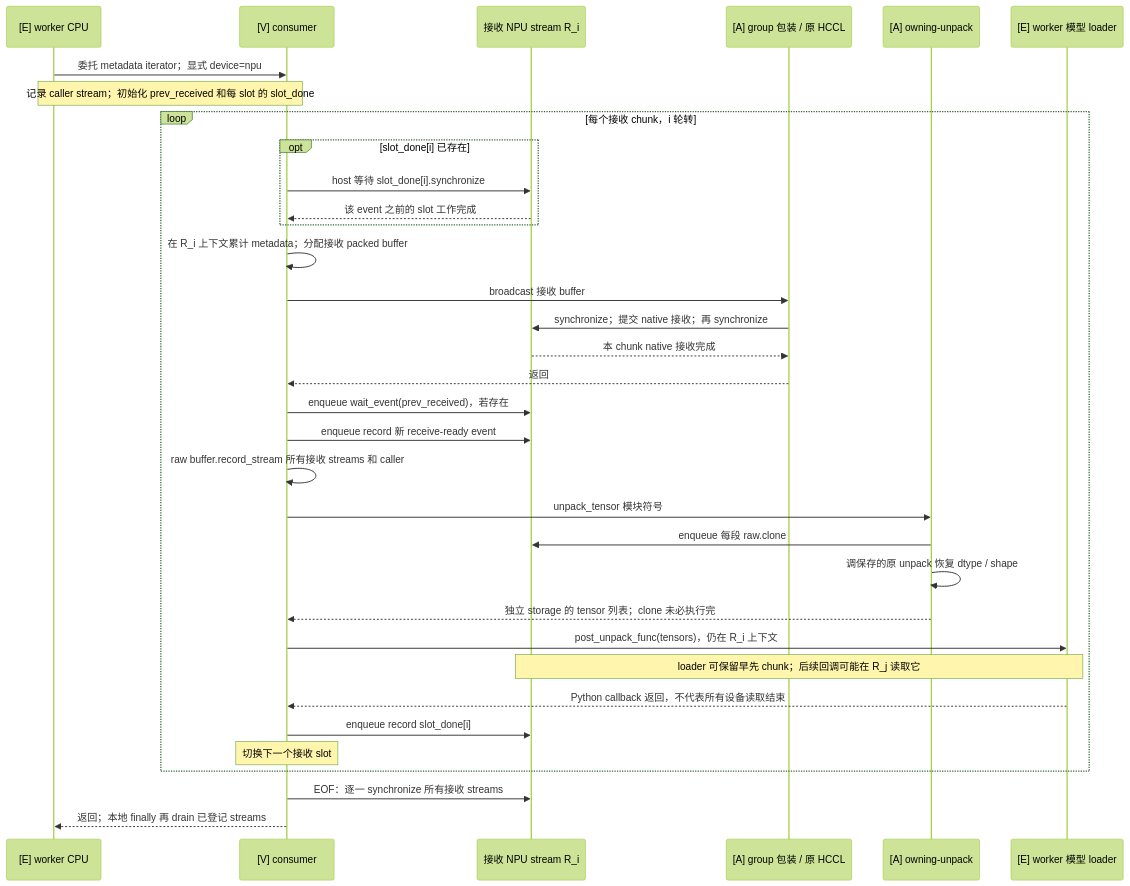
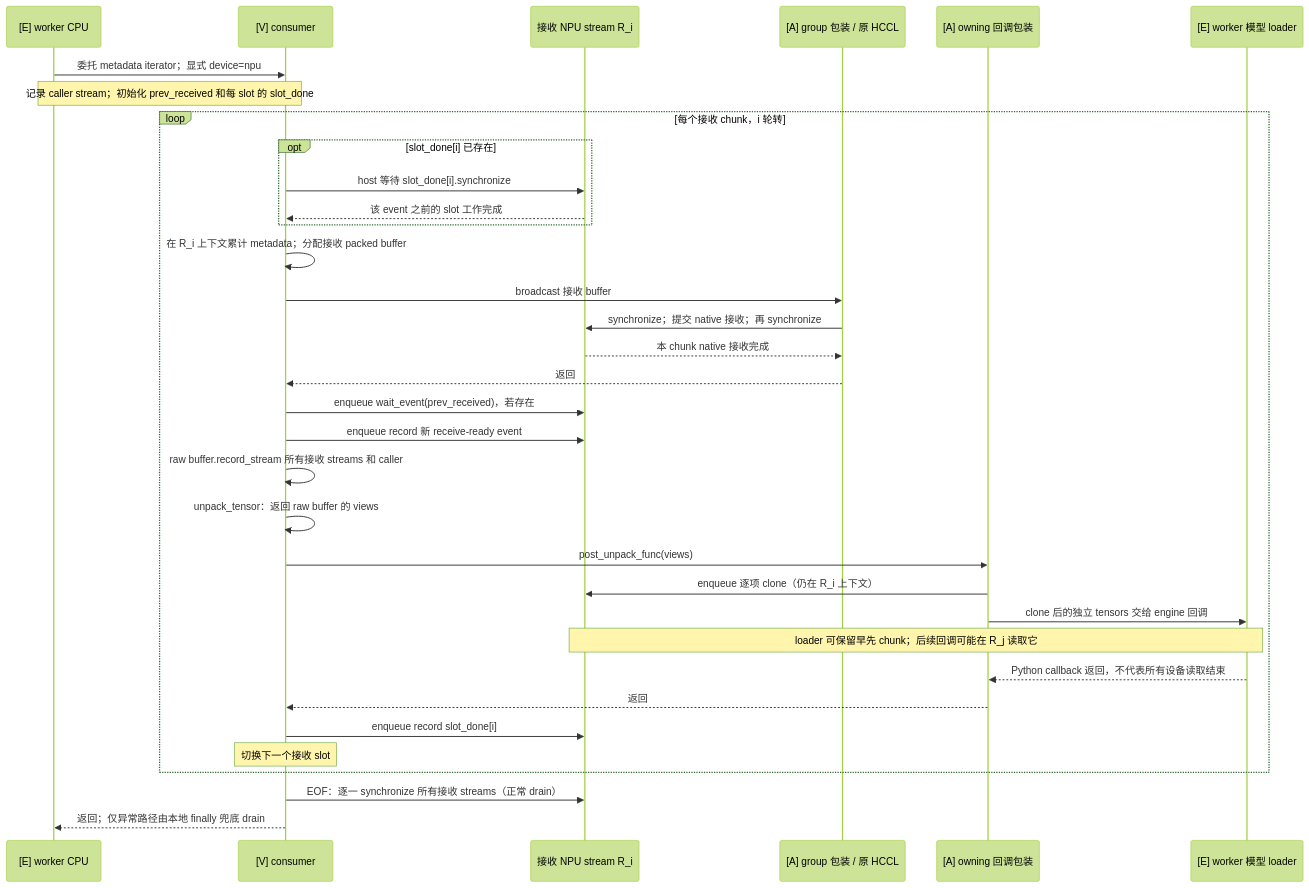
One commit to Liccol/ref-doc changed the fifth of 9 diagrams in vllm/weight-transfer/packed-tensor-design.md. Above: the diagram before and after it, drawn with Mermaid (forest theme). The commit also changed other lines of this file and 3 other files, not shown here.

First line of the commit message:
docs: redesign owning storage via post-unpack wrapper v1.0.7

````diff
--- a/vllm/weight-transfer/packed-tensor-design.md
+++ b/vllm/weight-transfer/packed-tensor-design.md
@@ -216,36 +213,36 @@
 ```mermaid
 sequenceDiagram
     participant WC as [E] worker CPU
     participant VC as [V] consumer
     participant RS as 接收 NPU stream R_i
     participant AG as [A] group 包装 / 原 HCCL
-    participant OU as [A] owning-unpack
+    participant OU as [A] owning 回调包装
     participant ML as [E] worker 模型 loader
     WC->>VC: 委托 metadata iterator；显式 device=npu
     Note over WC,VC: 记录 caller stream；初始化 prev_received 和每 slot 的 slot_done
     loop 每个接收 chunk，i 轮转
         opt slot_done[i] 已存在
             VC->>RS: host 等待 slot_done[i].synchronize
             RS-->>VC: 该 event 之前的 slot 工作完成
         end
         VC->>VC: 在 R_i 上下文累计 metadata；分配接收 packed buffer
         VC->>AG: broadcast 接收 buffer
         AG->>RS: synchronize；提交 native 接收；再 synchronize
         RS-->>AG: 本 chunk native 接收完成
         AG-->>VC: 返回
         VC->>RS: enqueue wait_event(prev_received)，若存在
         VC->>RS: enqueue record 新 receive-ready event
         VC->>VC: raw buffer.record_stream 所有接收 streams 和 caller
-        VC->>OU: unpack_tensor 模块符号
-        OU->>RS: enqueue 每段 raw.clone
-        OU->>OU: 调保存的原 unpack 恢复 dtype / shape
-        OU-->>VC: 独立 storage 的 tensor 列表；clone 未必执行完
-        VC->>ML: post_unpack_func(tensors)，仍在 R_i 上下文
+        VC->>VC: unpack_tensor：返回 raw buffer 的 views
+        VC->>OU: post_unpack_func(views)
+        OU->>RS: enqueue 逐项 clone（仍在 R_i 上下文）
+        OU->>ML: clone 后的独立 tensors 交给 engine 回调
         Note over ML,RS: loader 可保留早先 chunk；后续回调可能在 R_j 读取它
-        ML-->>VC: Python callback 返回，不代表所有设备读取结束
+        ML-->>OU: Python callback 返回，不代表所有设备读取结束
+        OU-->>VC: 返回
         VC->>RS: enqueue record slot_done[i]
         Note over VC: 切换下一个接收 slot
     end
-    VC->>RS: EOF：逐一 synchronize 所有接收 streams
-    VC-->>WC: 返回；本地 finally 再 drain 已登记 streams
+    VC->>RS: EOF：逐一 synchronize 所有接收 streams（正常 drain）
+    VC-->>WC: 返回；仅异常路径由本地 finally 兜底 drain
 ```
````
